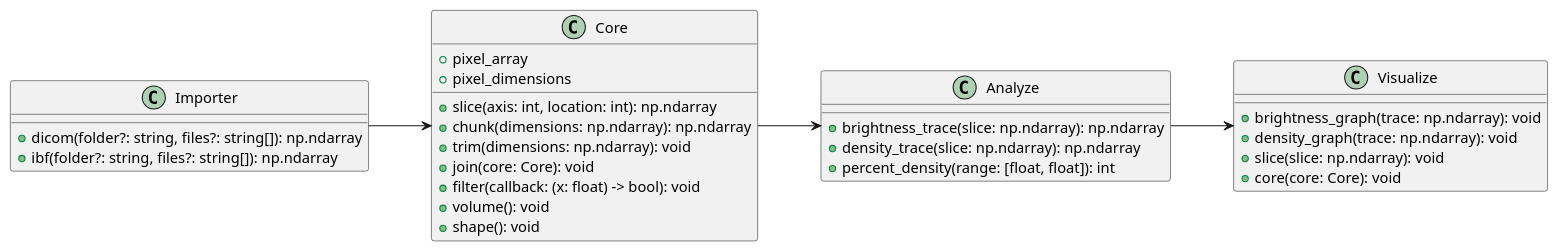
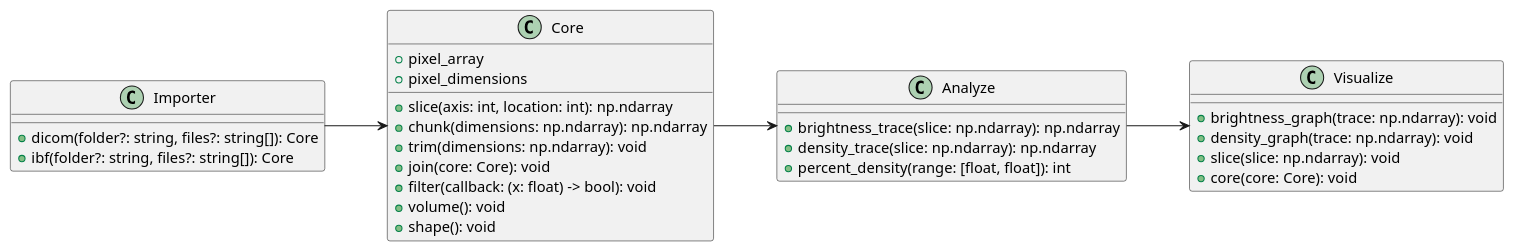
Before and after one commit to mines-erds/core-ct: the diagram in architecture.puml, drawn with PlantUML.

```diff
--- a/architecture.puml
+++ b/architecture.puml
@@ -1,37 +1,37 @@
 @startuml
 left to right direction
 
 class Importer {
- +dicom(folder?: string, files?: string[]): np.ndarray
- +ibf(folder?: string, files?: string[]): np.ndarray
+ +dicom(folder?: string, files?: string[]): Core
+ +ibf(folder?: string, files?: string[]): Core
 }
 
 class Core {
  +pixel_array
  +pixel_dimensions
  +slice(axis: int, location: int): np.ndarray
  +chunk(dimensions: np.ndarray): np.ndarray
  +trim(dimensions: np.ndarray): void
  +join(core: Core): void
  +filter(callback: (x: float) -> bool): void
  +volume(): void
  +shape(): void
 }
 
 class Analyze {
  +brightness_trace(slice: np.ndarray): np.ndarray
  +density_trace(slice: np.ndarray): np.ndarray
  +percent_density(range: [float, float]): int 
 }
 
 class Visualize {
  +brightness_graph(trace: np.ndarray): void
  +density_graph(trace: np.ndarray): void
  +slice(slice: np.ndarray): void
  +core(core: Core): void
 }
 
 Importer --> Core
 Core --> Analyze
 Analyze --> Visualize
 @enduml
```
